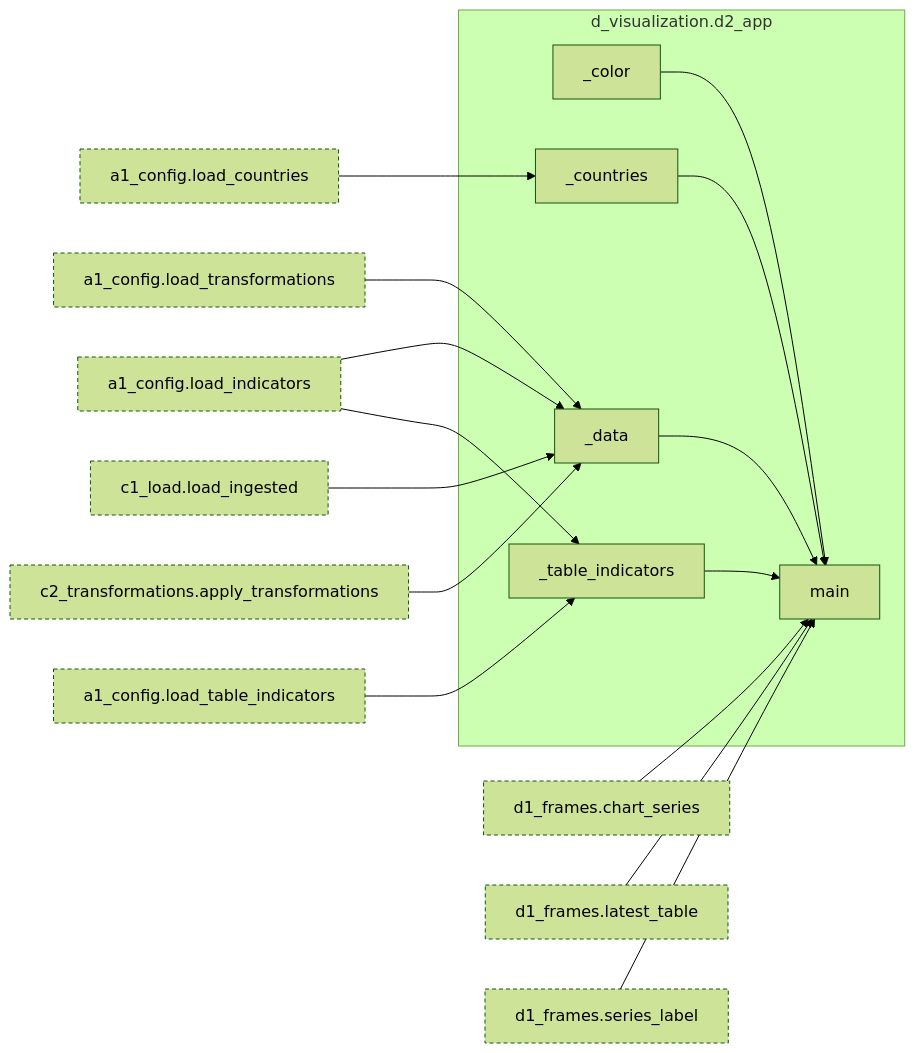
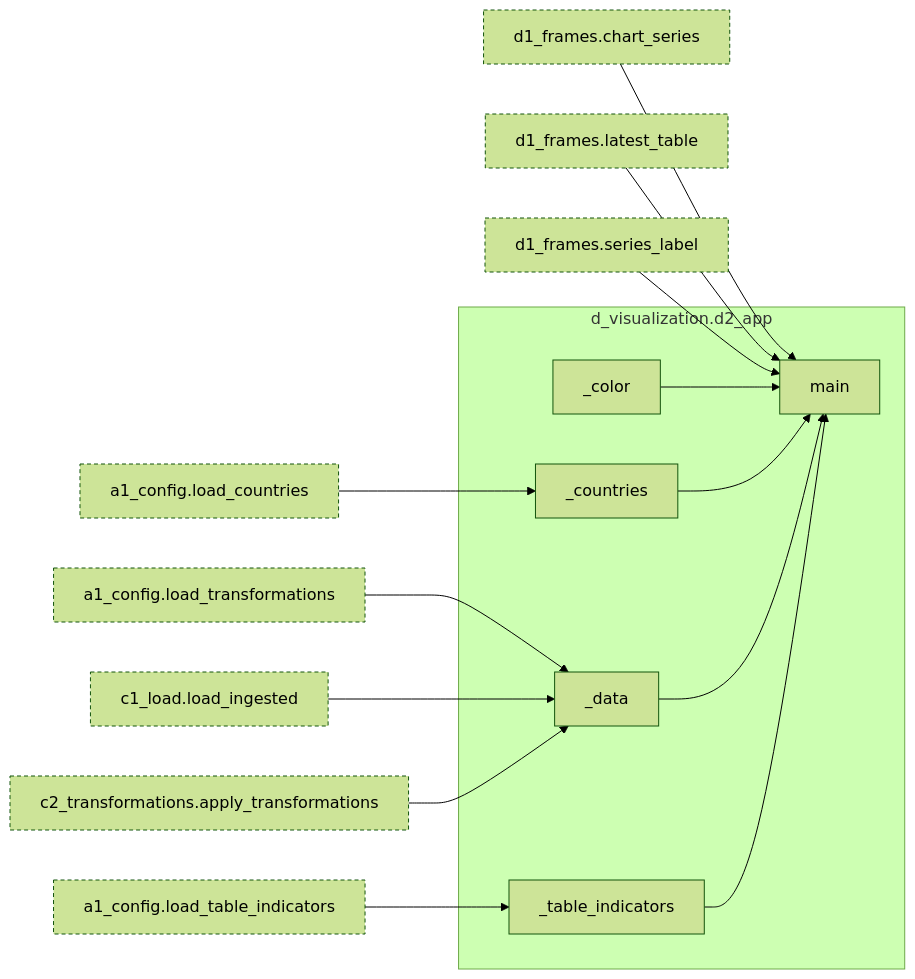
One commit to bsawyerg15/MacroScan changed diagram 15 of 15 in docs/architecture.md. Above: the diagram before and after it, drawn with Mermaid (forest theme). The commit also changed other lines of this file and 19 other files, not shown here.

````diff
--- a/docs/architecture.md
+++ b/docs/architecture.md
@@ -951,48 +1040,44 @@
 ```mermaid
 flowchart LR
   subgraph this["d_visualization.d2_app"]
     n_d_visualization_d2_app__color["_color"]
     n_d_visualization_d2_app__countries["_countries"]
     n_d_visualization_d2_app__data["_data"]
     n_d_visualization_d2_app__table_indicators["_table_indicators"]
     n_d_visualization_d2_app_main["main"]
   end
   n_a_core_a1_config_load_countries["a1_config.load_countries"]:::ext
-  n_a_core_a1_config_load_indicators["a1_config.load_indicators"]:::ext
   n_a_core_a1_config_load_table_indicators["a1_config.load_table_indicators"]:::ext
   n_a_core_a1_config_load_transformations["a1_config.load_transformations"]:::ext
   n_c_transform_c1_load_load_ingested["c1_load.load_ingested"]:::ext
   n_c_transform_c2_transformations_apply_transformations["c2_transformations.apply_transformations"]:::ext
   n_d_visualization_d1_frames_chart_series["d1_frames.chart_series"]:::ext
   n_d_visualization_d1_frames_latest_table["d1_frames.latest_table"]:::ext
   n_d_visualization_d1_frames_series_label["d1_frames.series_label"]:::ext
   n_a_core_a1_config_load_countries --> n_d_visualization_d2_app__countries
-  n_a_core_a1_config_load_indicators --> n_d_visualization_d2_app__data
   n_a_core_a1_config_load_transformations --> n_d_visualization_d2_app__data
   n_c_transform_c1_load_load_ingested --> n_d_visualization_d2_app__data
   n_c_transform_c2_transformations_apply_transformations --> n_d_visualization_d2_app__data
-  n_a_core_a1_config_load_indicators --> n_d_visualization_d2_app__table_indicators
   n_a_core_a1_config_load_table_indicators --> n_d_visualization_d2_app__table_indicators
   n_d_visualization_d1_frames_chart_series --> n_d_visualization_d2_app_main
   n_d_visualization_d1_frames_latest_table --> n_d_visualization_d2_app_main
   n_d_visualization_d1_frames_series_label --> n_d_visualization_d2_app_main
   n_d_visualization_d2_app__color --> n_d_visualization_d2_app_main
   n_d_visualization_d2_app__countries --> n_d_visualization_d2_app_main
   n_d_visualization_d2_app__data --> n_d_visualization_d2_app_main
   n_d_visualization_d2_app__table_indicators --> n_d_visualization_d2_app_main
   click n_a_core_a1_config_load_countries href "#fn-a_core-a1_config-load_countries"
-  click n_a_core_a1_config_load_indicators href "#fn-a_core-a1_config-load_indicators"
   click n_a_core_a1_config_load_table_indicators href "#fn-a_core-a1_config-load_table_indicators"
   click n_a_core_a1_config_load_transformations href "#fn-a_core-a1_config-load_transformations"
   click n_c_transform_c1_load_load_ingested href "#fn-c_transform-c1_load-load_ingested"
   click n_c_transform_c2_transformations_apply_transformations href "#fn-c_transform-c2_transformations-apply_transformations"
   click n_d_visualization_d1_frames_chart_series href "#fn-d_visualization-d1_frames-chart_series"
   click n_d_visualization_d1_frames_latest_table href "#fn-d_visualization-d1_frames-latest_table"
   click n_d_visualization_d1_frames_series_label href "#fn-d_visualization-d1_frames-series_label"
   click n_d_visualization_d2_app__color href "#fn-d_visualization-d2_app-_color"
   click n_d_visualization_d2_app__countries href "#fn-d_visualization-d2_app-_countries"
   click n_d_visualization_d2_app__data href "#fn-d_visualization-d2_app-_data"
   click n_d_visualization_d2_app__table_indicators href "#fn-d_visualization-d2_app-_table_indicators"
   click n_d_visualization_d2_app_main href "#fn-d_visualization-d2_app-main"
   classDef ext stroke-dasharray: 4 3
 ```
````
